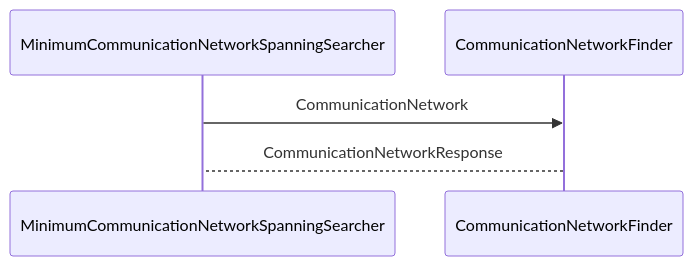
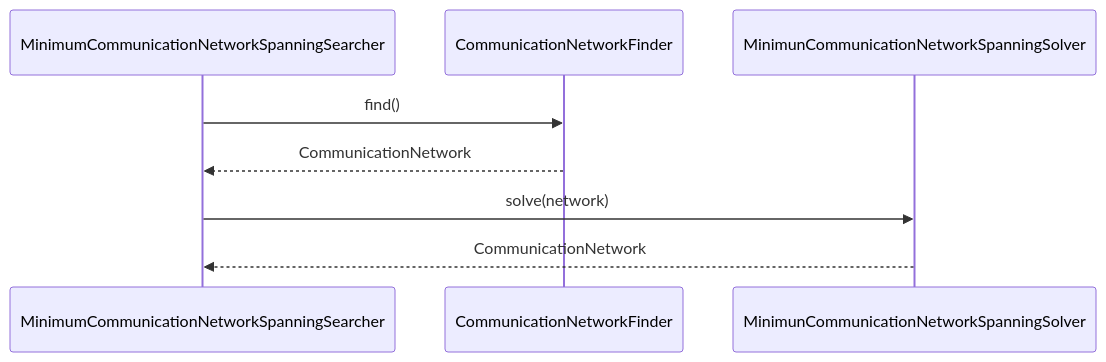
The diagram in docs/services/modules/networks/application/mst/MinimumCommunicationNetworkSpanningSearch.md (fraruiz/spy-mensseger), drawn with Mermaid before and after one commit. The commit also changed other lines of this file and 3 other files, not shown here.

`````diff
--- a/docs/services/modules/networks/application/mst/MinimumCommunicationNetworkSpanningSearch.md
+++ b/docs/services/modules/networks/application/mst/MinimumCommunicationNetworkSpanningSearch.md
@@ -7,8 +10,11 @@
 ````mermaid
 sequenceDiagram
     participant MinimumCommunicationNetworkSpanningSearcher
     participant CommunicationNetworkFinder 
-    MinimumCommunicationNetworkSpanningSearcher ->> CommunicationNetworkFinder: CommunicationNetwork
-    CommunicationNetworkFinder --> MinimumCommunicationNetworkSpanningSearcher: CommunicationNetworkResponse
+    participant MinimunCommunicationNetworkSpanningSolver
+    MinimumCommunicationNetworkSpanningSearcher ->> CommunicationNetworkFinder: find()
+    CommunicationNetworkFinder -->> MinimumCommunicationNetworkSpanningSearcher: CommunicationNetwork
+    MinimumCommunicationNetworkSpanningSearcher ->> MinimunCommunicationNetworkSpanningSolver: solve(network)
+    MinimunCommunicationNetworkSpanningSolver -->> MinimumCommunicationNetworkSpanningSearcher: CommunicationNetwork
     
 ````
`````
